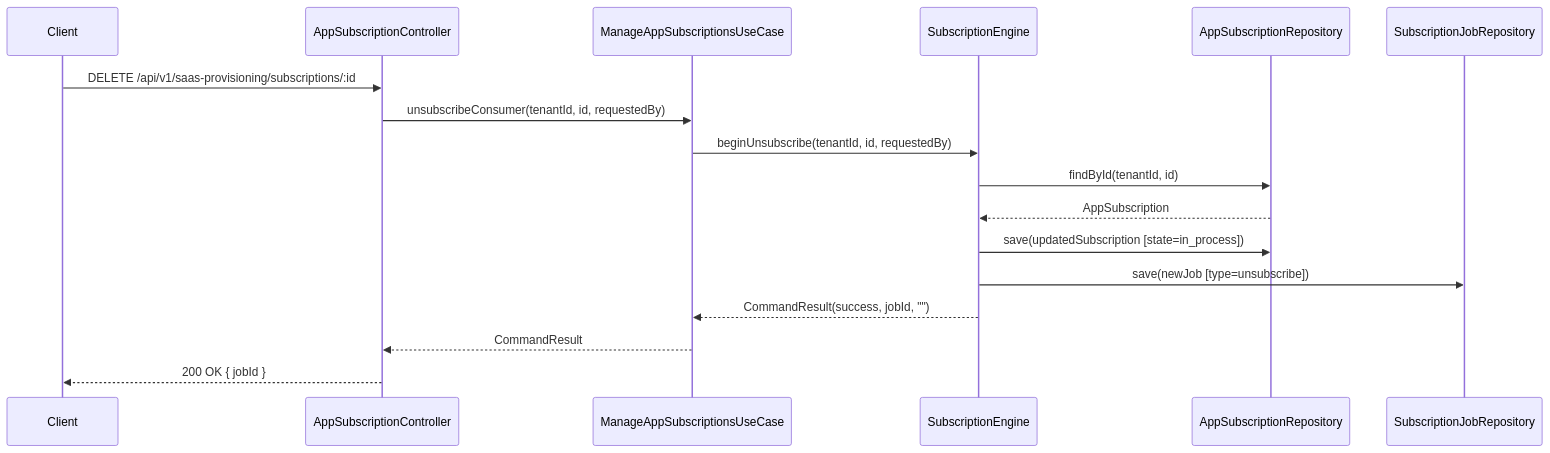
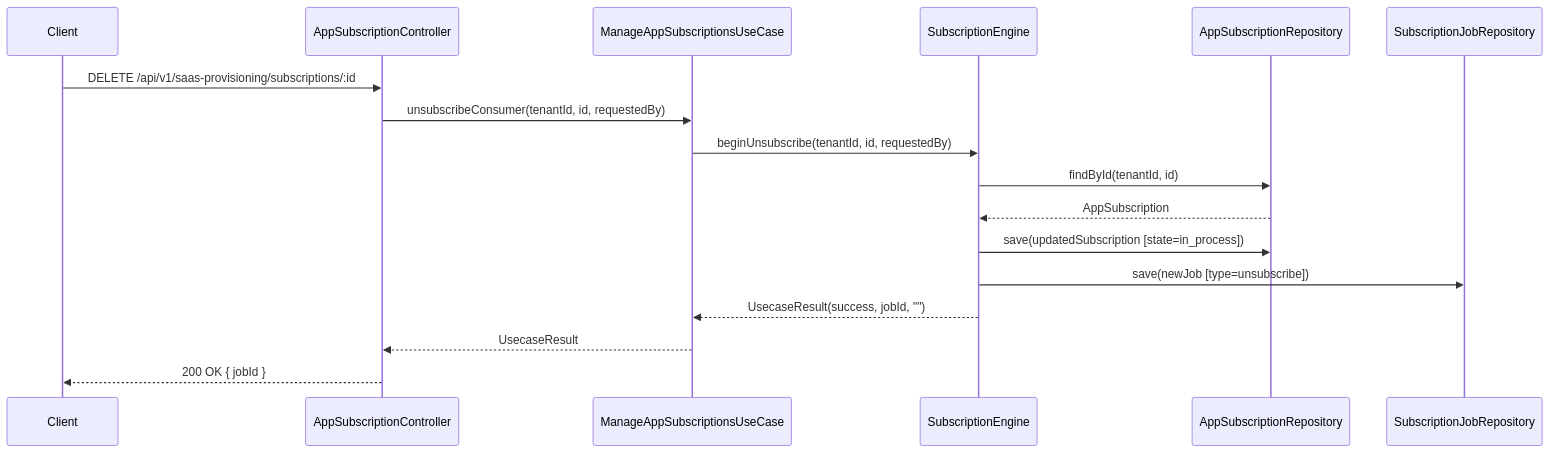
Before and after one commit to UIMSolutions/uim-platform: the third of 5 diagrams in saas-provisioning/UML.md, drawn with Mermaid. The commit also changed other lines of this file and 907 other files, not shown here.

Commit message:
Rename CommandResult

````diff
--- a/saas-provisioning/UML.md
+++ b/saas-provisioning/UML.md
@@ -269,20 +269,20 @@
 ```mermaid
 sequenceDiagram
     participant Client
     participant AppSubController as AppSubscriptionController
     participant SubUC as ManageAppSubscriptionsUseCase
     participant Engine as SubscriptionEngine
     participant SubRepo as AppSubscriptionRepository
     participant JobRepo as SubscriptionJobRepository
 
     Client->>AppSubController: DELETE /api/v1/saas-provisioning/subscriptions/:id
     AppSubController->>SubUC: unsubscribeConsumer(tenantId, id, requestedBy)
     SubUC->>Engine: beginUnsubscribe(tenantId, id, requestedBy)
     Engine->>SubRepo: findById(tenantId, id)
     SubRepo-->>Engine: AppSubscription
     Engine->>SubRepo: save(updatedSubscription [state=in_process])
     Engine->>JobRepo: save(newJob [type=unsubscribe])
-    Engine-->>SubUC: CommandResult(success, jobId, "")
-    SubUC-->>AppSubController: CommandResult
+    Engine-->>SubUC: UsecaseResult(success, jobId, "")
+    SubUC-->>AppSubController: UsecaseResult
     AppSubController-->>Client: 200 OK { jobId }
 ```
````
